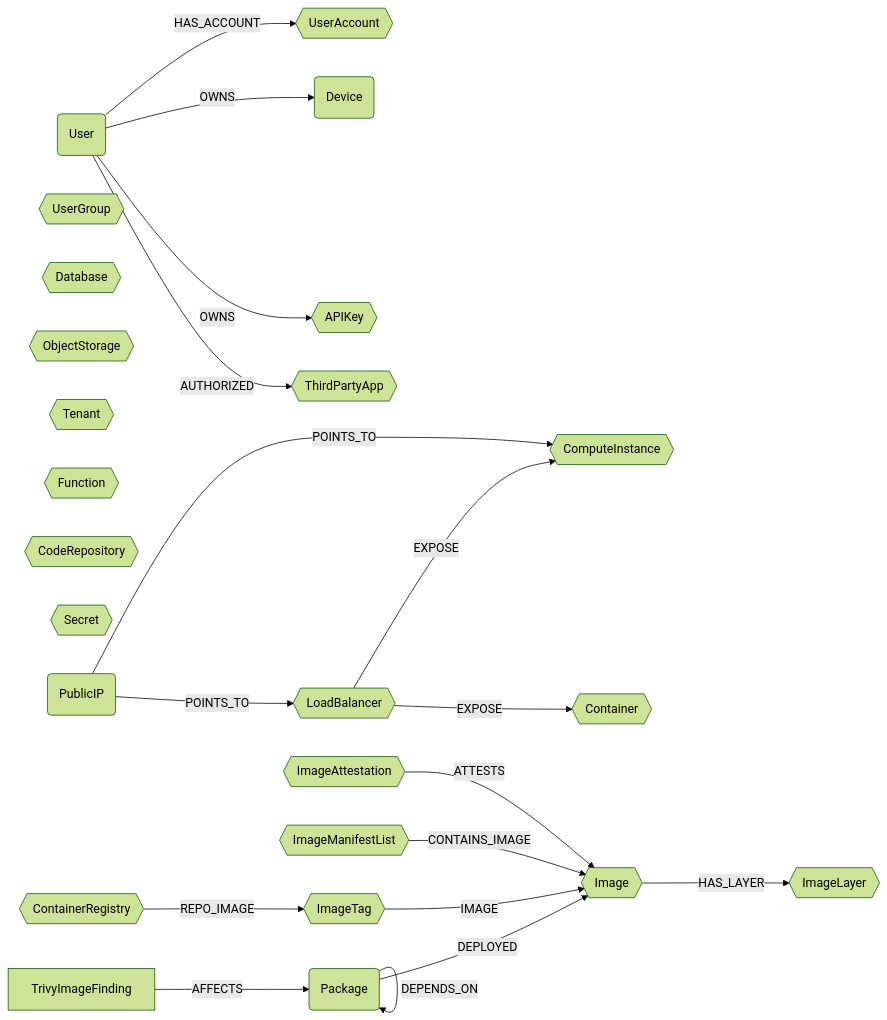
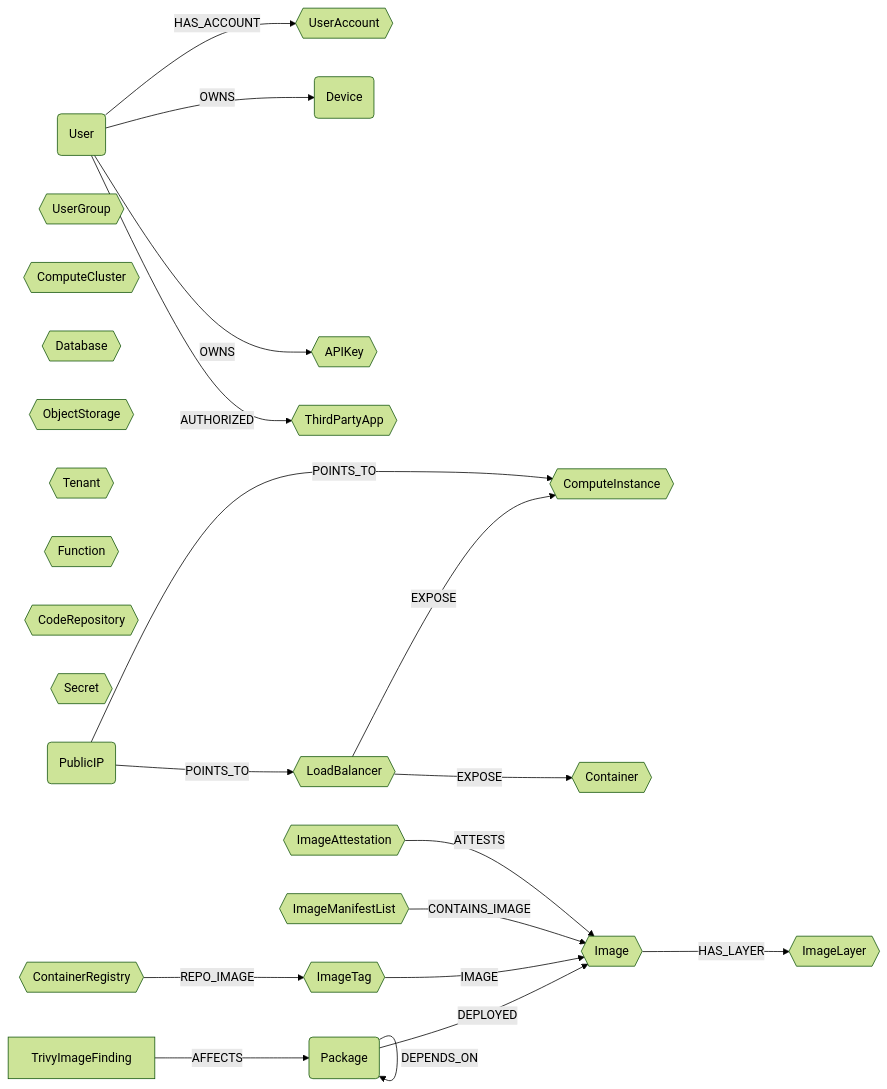
Before and after one commit to sec-js/cartography: the diagram in docs/root/modules/ontology/schema.md, drawn with Mermaid (forest theme). The commit also changed other lines of this file and 13 other files, not shown here.

````diff
--- a/docs/root/modules/ontology/schema.md
+++ b/docs/root/modules/ontology/schema.md
@@ -6,27 +6,28 @@
 ```mermaid
 graph LR
 
 U(User) -- HAS_ACCOUNT --> UA{{UserAccount}}
 U -- OWNS --> CC(Device)
 U -- OWNS --> AK{{APIKey}}
 U -- AUTHORIZED --> OA{{ThirdPartyApp}}
 UG{{UserGroup}}
 LB{{LoadBalancer}} -- EXPOSE --> CI{{ComputeInstance}}
 LB{{LoadBalancer}} -- EXPOSE --> CT{{Container}}
+CL{{ComputeCluster}}
 DB{{Database}}
 OS{{ObjectStorage}}
 TN{{Tenant}}
 FN{{Function}}
 REPO{{CodeRepository}}
 SC{{Secret}}
 PIP(PublicIP) -- POINTS_TO --> LB
 PIP -- POINTS_TO --> CI
 PKG(Package) -- DEPLOYED --> IM{{Image}}
 PKG -- DEPENDS_ON --> PKG
 F[TrivyImageFinding] -- AFFECTS --> PKG
 CR{{ContainerRegistry}} -- REPO_IMAGE --> IT{{ImageTag}}
 IT -- IMAGE --> IM
 IML{{ImageManifestList}} -- CONTAINS_IMAGE --> IM
 IA{{ImageAttestation}} -- ATTESTS --> IM
 IM -- HAS_LAYER --> IL{{ImageLayer}}
 ```
````
